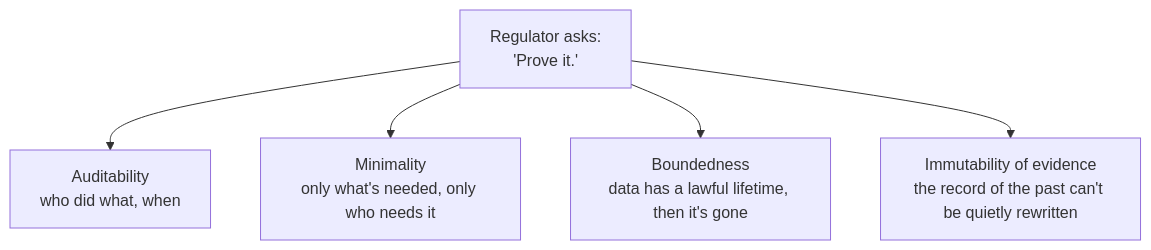
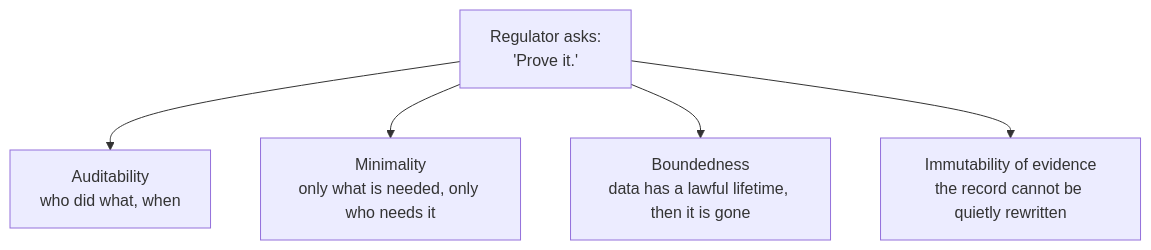
Before and after one commit to francoandreDev/knowledge: the diagram in src/content/architecture/architecture-for-compliance/L1-summary.mdx, drawn with Mermaid. The commit also changed other lines of this file and 18 other files, not shown here.

Commit message:
Migrate architecture batch 4 (architecture-for-compliance, cost-aware-architecture, architecture-review, technical-strategy-roadmapping) to the three-tier exercise model

````diff
--- a/src/content/architecture/architecture-for-compliance/L1-summary.mdx
+++ b/src/content/architecture/architecture-for-compliance/L1-summary.mdx
@@ -80,7 +71,7 @@
 ```mermaid
 flowchart TD
     R["Regulator asks:<br/>'Prove it.'"] --> A["Auditability<br/>who did what, when"]
-    R --> M["Minimality<br/>only what's needed, only who needs it"]
-    R --> B["Boundedness<br/>data has a lawful lifetime, then it's gone"]
-    R --> I["Immutability of evidence<br/>the record of the past can't be quietly rewritten"]
+    R --> M["Minimality<br/>only what is needed, only who needs it"]
+    R --> B["Boundedness<br/>data has a lawful lifetime, then it is gone"]
+    R --> I["Immutability of evidence<br/>the record cannot be quietly rewritten"]
 ```
````
